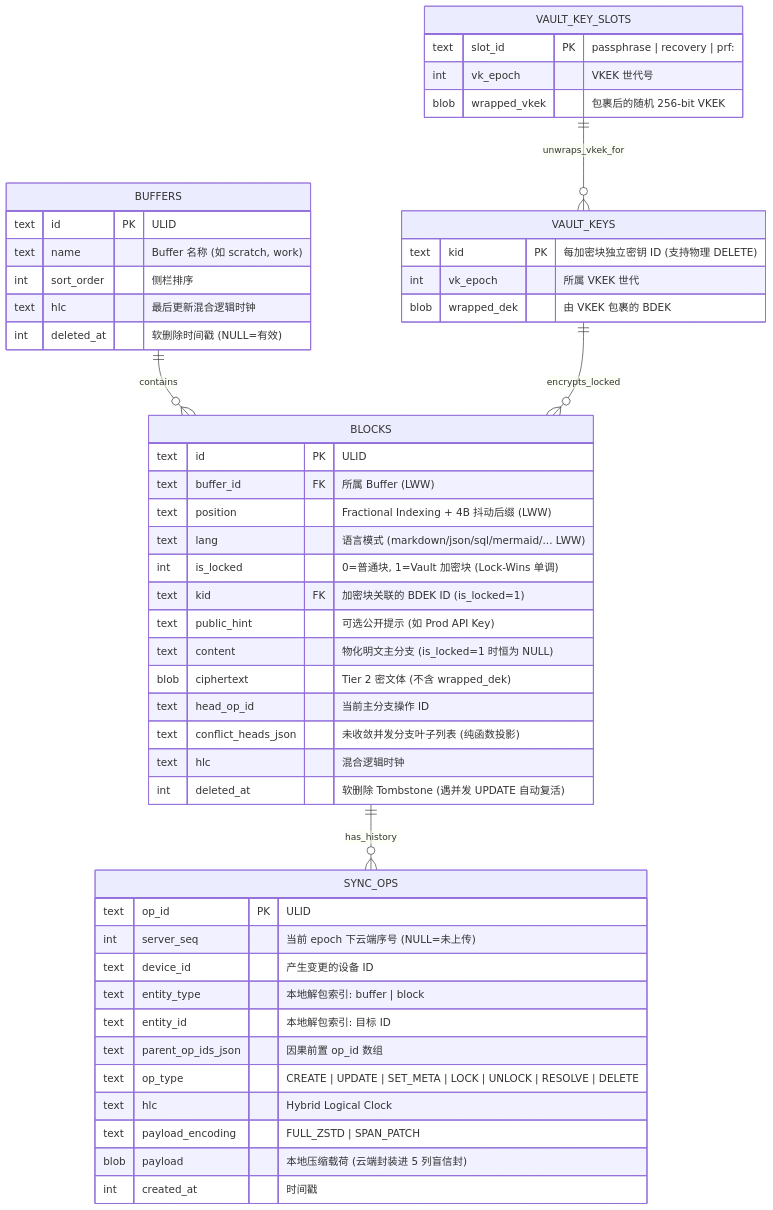
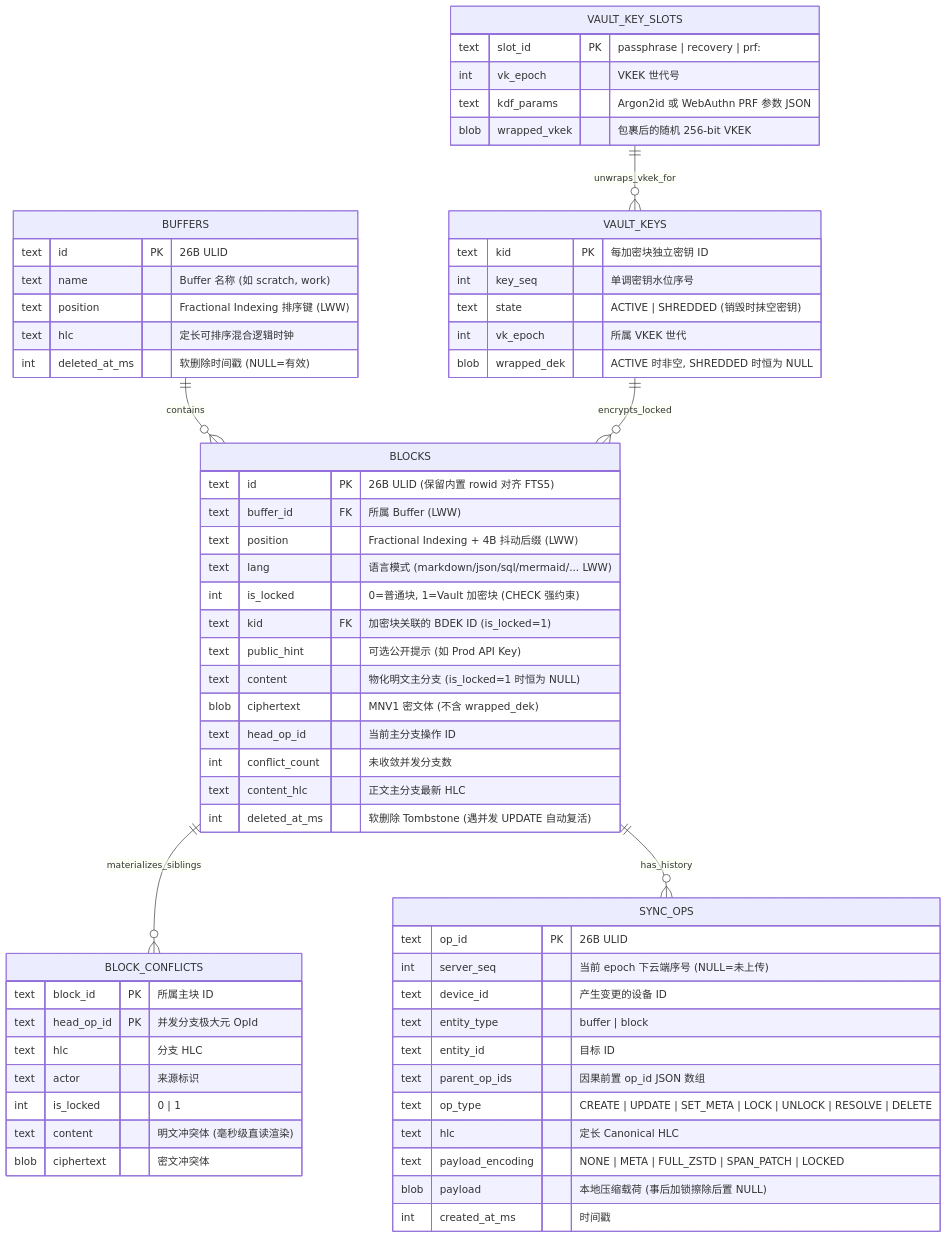
The second of 6 diagrams in docs/architecture-proposal.md (gray0128/my-note), drawn with Mermaid before and after one commit. The commit also changed other lines of this file and 6 other files, not shown here.

````diff
--- a/docs/architecture-proposal.md
+++ b/docs/architecture-proposal.md
@@ -282,52 +284,65 @@
 ```mermaid
 erDiagram
     BUFFERS ||--o{ BLOCKS : contains
+    BLOCKS ||--o{ BLOCK_CONFLICTS : materializes_siblings
     BLOCKS ||--o{ SYNC_OPS : has_history
     VAULT_KEY_SLOTS ||--o{ VAULT_KEYS : unwraps_vkek_for
     VAULT_KEYS ||--o{ BLOCKS : encrypts_locked
     BUFFERS {
-        text id PK "ULID"
+        text id PK "26B ULID"
         text name "Buffer 名称 (如 scratch, work)"
-        int sort_order "侧栏排序"
-        text hlc "最后更新混合逻辑时钟"
-        int deleted_at "软删除时间戳 (NULL=有效)"
+        text position "Fractional Indexing 排序键 (LWW)"
+        text hlc "定长可排序混合逻辑时钟"
+        int deleted_at_ms "软删除时间戳 (NULL=有效)"
     }
     BLOCKS {
-        text id PK "ULID"
+        text id PK "26B ULID (保留内置 rowid 对齐 FTS5)"
         text buffer_id FK "所属 Buffer (LWW)"
         text position "Fractional Indexing + 4B 抖动后缀 (LWW)"
         text lang "语言模式 (markdown/json/sql/mermaid/... LWW)"
-        int is_locked "0=普通块, 1=Vault 加密块 (Lock-Wins 单调)"
+        int is_locked "0=普通块, 1=Vault 加密块 (CHECK 强约束)"
         text kid FK "加密块关联的 BDEK ID (is_locked=1)"
         text public_hint "可选公开提示 (如 Prod API Key)"
         text content "物化明文主分支 (is_locked=1 时恒为 NULL)"
-        blob ciphertext "Tier 2 密文体 (不含 wrapped_dek)"
+        blob ciphertext "MNV1 密文体 (不含 wrapped_dek)"
         text head_op_id "当前主分支操作 ID"
-        text conflict_heads_json "未收敛并发分支叶子列表 (纯函数投影)"
-        text hlc "混合逻辑时钟"
-        int deleted_at "软删除 Tombstone (遇并发 UPDATE 自动复活)"
+        int conflict_count "未收敛并发分支数"
+        text content_hlc "正文主分支最新 HLC"
+        int deleted_at_ms "软删除 Tombstone (遇并发 UPDATE 自动复活)"
+    }
+    BLOCK_CONFLICTS {
+        text block_id PK "所属主块 ID"
+        text head_op_id PK "并发分支极大元 OpId"
+        text hlc "分支 HLC"
+        text actor "来源标识"
+        int is_locked "0 | 1"
+        text content "明文冲突体 (毫秒级直读渲染)"
+        blob ciphertext "密文冲突体"
     }
     VAULT_KEY_SLOTS {
-        text slot_id PK "passphrase | recovery | prf:<rp>:<cred>"
+        text slot_id PK "passphrase | recovery | prf:<hash>"
         int vk_epoch "VKEK 世代号"
+        text kdf_params "Argon2id 或 WebAuthn PRF 参数 JSON"
         blob wrapped_vkek "包裹后的随机 256-bit VKEK"
     }
     VAULT_KEYS {
-        text kid PK "每加密块独立密钥 ID (支持物理 DELETE)"
+        text kid PK "每加密块独立密钥 ID"
+        int key_seq "单调密钥水位序号"
+        text state "ACTIVE | SHREDDED (销毁时抹空密钥)"
         int vk_epoch "所属 VKEK 世代"
-        blob wrapped_dek "由 VKEK 包裹的 BDEK"
+        blob wrapped_dek "ACTIVE 时非空, SHREDDED 时恒为 NULL"
     }
     SYNC_OPS {
-        text op_id PK "ULID"
+        text op_id PK "26B ULID"
         int server_seq "当前 epoch 下云端序号 (NULL=未上传)"
         text device_id "产生变更的设备 ID"
-        text entity_type "本地解包索引: buffer | block"
-        text entity_id "本地解包索引: 目标 ID"
-        text parent_op_ids_json "因果前置 op_id 数组"
+        text entity_type "buffer | block"
+        text entity_id "目标 ID"
+        text parent_op_ids "因果前置 op_id JSON 数组"
         text op_type "CREATE | UPDATE | SET_META | LOCK | UNLOCK | RESOLVE | DELETE"
-        text hlc "Hybrid Logical Clock"
-        text payload_encoding "FULL_ZSTD | SPAN_PATCH"
-        blob payload "本地压缩载荷 (云端封装进 5 列盲信封)"
-        int created_at "时间戳"
+        text hlc "定长 Canonical HLC"
+        text payload_encoding "NONE | META | FULL_ZSTD | SPAN_PATCH | LOCKED"
+        blob payload "本地压缩载荷 (事后加锁擦除后置 NULL)"
+        int created_at_ms "时间戳"
     }
 ```
````
